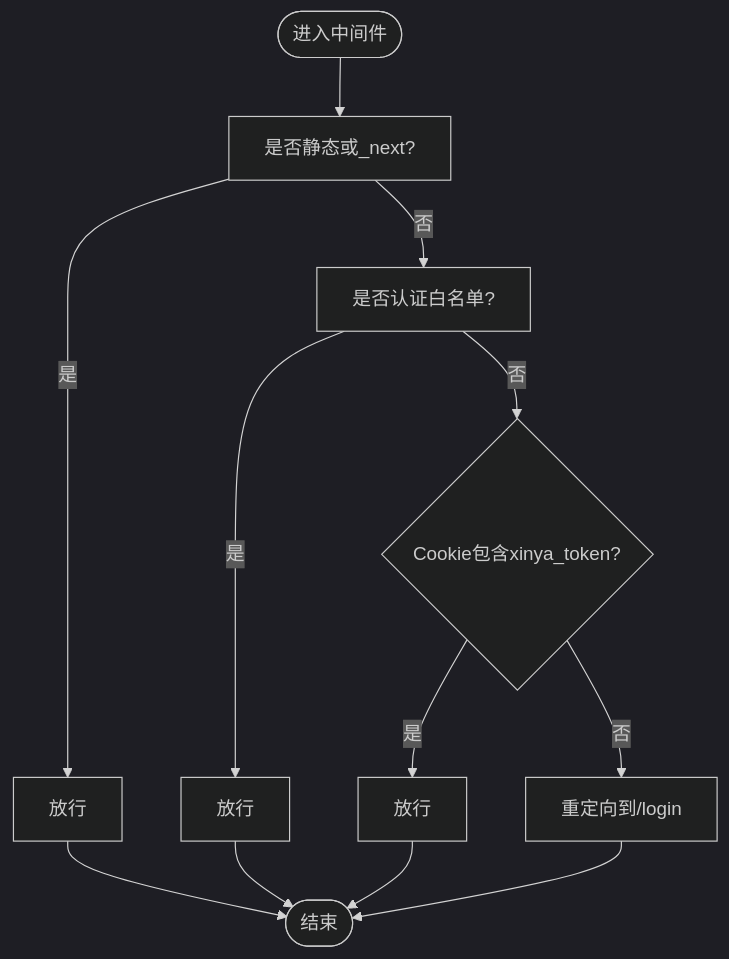
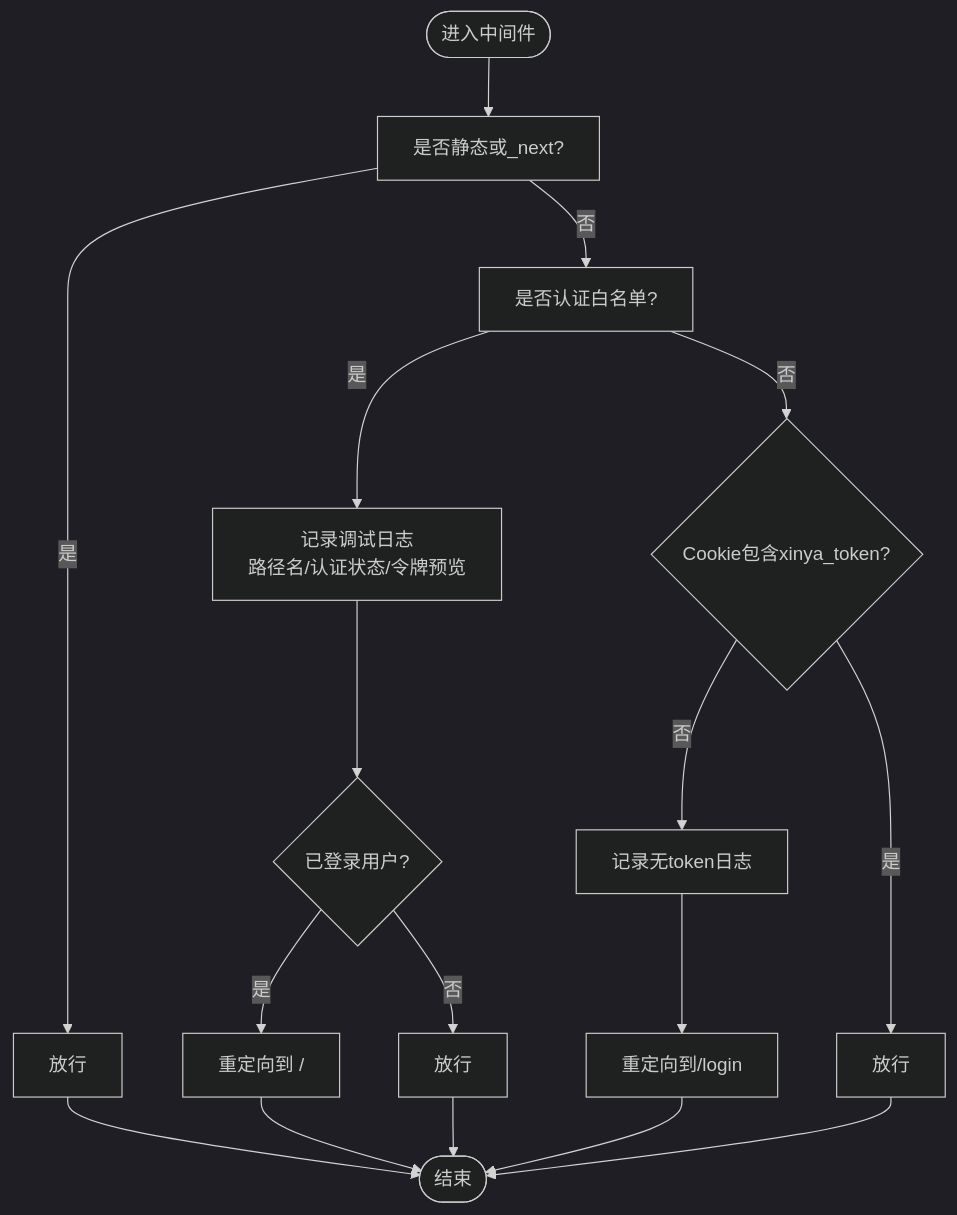
The third of 7 diagrams in .qoder/repowiki/zh/content/用户认证系统/认证中间件.md (kangkang919/xinya), drawn with Mermaid (dark theme) before and after one commit. The commit also changed other lines of this file and 34 other files, not shown here.

````diff
--- a/.qoder/repowiki/zh/content/用户认证系统/认证中间件.md
+++ b/.qoder/repowiki/zh/content/用户认证系统/认证中间件.md
@@ -142,14 +169,19 @@
 ```mermaid
 flowchart TD
 Start(["进入中间件"]) --> CheckStatic["是否静态或_next?"]
 CheckStatic --> |是| Pass1["放行"]
 CheckStatic --> |否| CheckAuthPages["是否认证白名单?"]
-CheckAuthPages --> |是| Pass2["放行"]
-CheckAuthPages --> |否| HasToken{"Cookie包含xinya_token?"}
-HasToken --> |否| Redirect["重定向到/login"]
-HasToken --> |是| Pass3["放行"]
+CheckAuthPages --> |是| LogDebug["记录调试日志<br/>路径名/认证状态/令牌预览"]
+LogDebug --> HasToken{"已登录用户?"}
+HasToken --> |是| RedirectHome["重定向到 /"]
+HasToken --> |否| Pass2["放行"]
+CheckAuthPages --> |否| HasToken2{"Cookie包含xinya_token?"}
+HasToken2 --> |否| LogNoToken["记录无token日志"]
+LogNoToken --> RedirectLogin["重定向到/login"]
+HasToken2 --> |是| Pass3["放行"]
 Pass1 --> End(["结束"])
 Pass2 --> End
 Pass3 --> End
-Redirect --> End
+RedirectHome --> End
+RedirectLogin --> End
 ```
````
